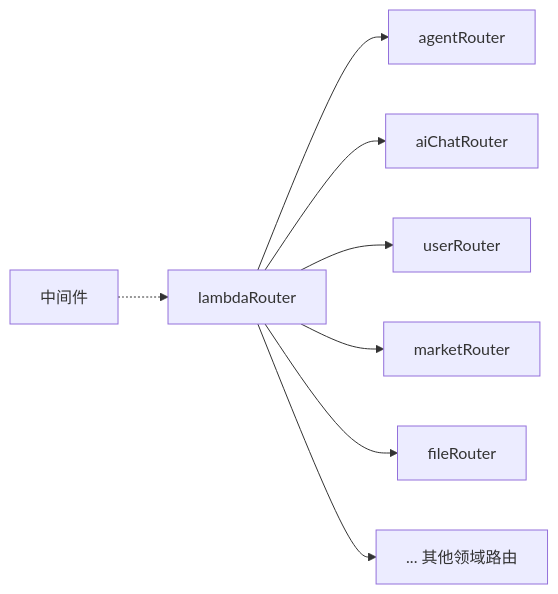
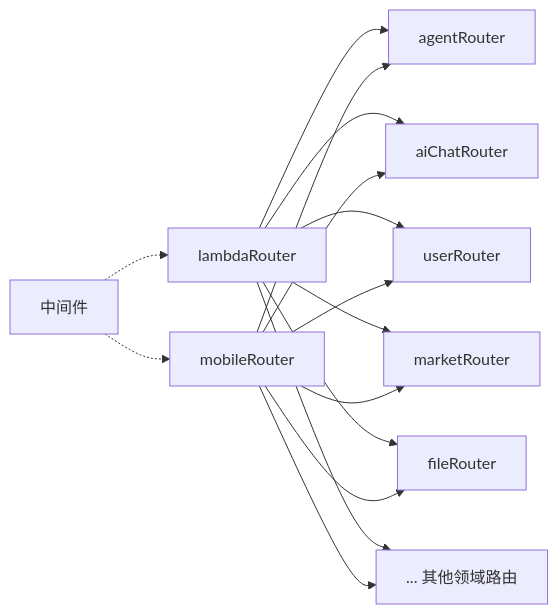
One commit to AvatoLabs/avato changed the ninth of 12 diagrams in .qoder/repowiki/zh/content/核心功能模块/API 服务层.md. Above: the diagram before and after it, drawn with Mermaid. The commit also changed other lines of this file and 50 other files, not shown here.

````diff
--- a/.qoder/repowiki/zh/content/核心功能模块/API 服务层.md
+++ b/.qoder/repowiki/zh/content/核心功能模块/API 服务层.md
@@ -333,10 +386,17 @@
 ```mermaid
 graph LR
-LR["lambdaRouter"] --> AG["agentRouter"]
-LR --> AI["aiChatRouter"]
-LR --> US["userRouter"]
-LR --> MK["marketRouter"]
-LR --> FI["fileRouter"]
-LR --> OT["... 其他领域路由"]
-MW["中间件"] -.-> LR
+LAMBDA["lambdaRouter"] --> AG["agentRouter"]
+LAMBDA --> AI["aiChatRouter"]
+LAMBDA --> US["userRouter"]
+LAMBDA --> MK["marketRouter"]
+LAMBDA --> FI["fileRouter"]
+LAMBDA --> OT["... 其他领域路由"]
+MOBILE["mobileRouter"] --> AG
+MOBILE --> AI
+MOBILE --> US
+MOBILE --> MK
+MOBILE --> FI
+MOBILE --> OT
+MW["中间件"] -.-> LAMBDA
+MW -.-> MOBILE
 ```
````
